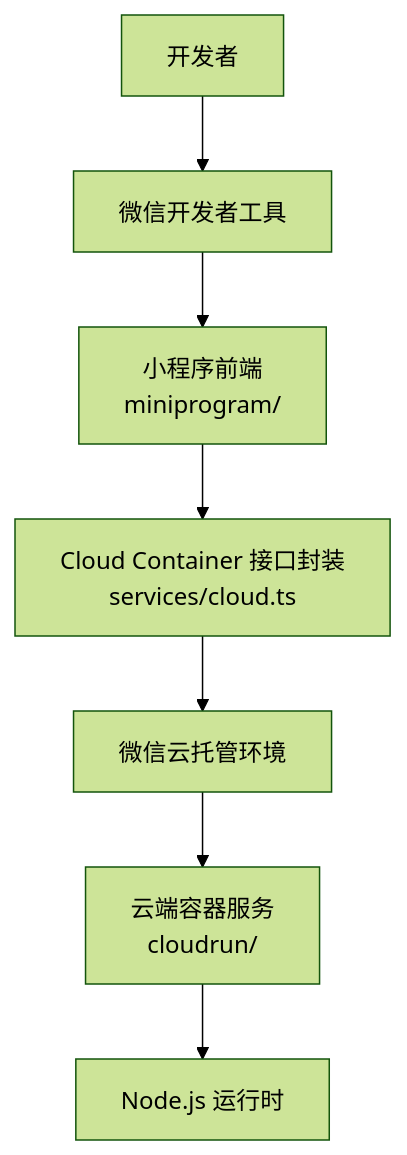
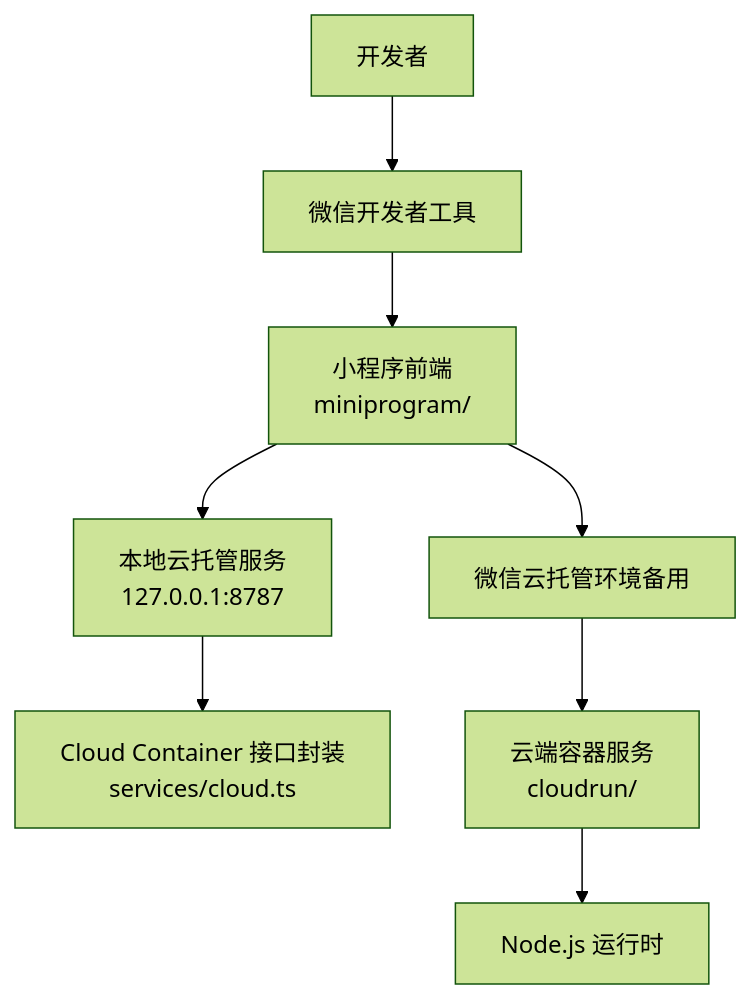
One commit to Ichi-Hackton/WAIC-WeChat-MiniProgram changed the first of 6 diagrams in .qoder/repowiki/zh/content/开发指南/环境搭建.md. Above: the diagram before and after it, drawn with Mermaid (forest theme). The commit also changed other lines of this file and 33 other files, not shown here.

````diff
--- a/.qoder/repowiki/zh/content/开发指南/环境搭建.md
+++ b/.qoder/repowiki/zh/content/开发指南/环境搭建.md
@@ -38,9 +52,10 @@
 ```mermaid
 graph TB
 Dev["开发者"] --> WXDev["微信开发者工具"]
 WXDev --> Mini["小程序前端<br/>miniprogram/"]
-Mini --> CloudAPI["Cloud Container 接口封装<br/>services/cloud.ts"]
-CloudAPI --> CloudEnv["微信云托管环境"]
+Mini --> LocalCloud["本地云托管服务<br/>127.0.0.1:8787"]
+LocalCloud --> CloudAPI["Cloud Container 接口封装<br/>services/cloud.ts"]
+Mini --> CloudEnv["微信云托管环境备用"]
 CloudEnv --> Container["云端容器服务<br/>cloudrun/"]
 Container --> Node["Node.js 运行时"]
 ```
````
